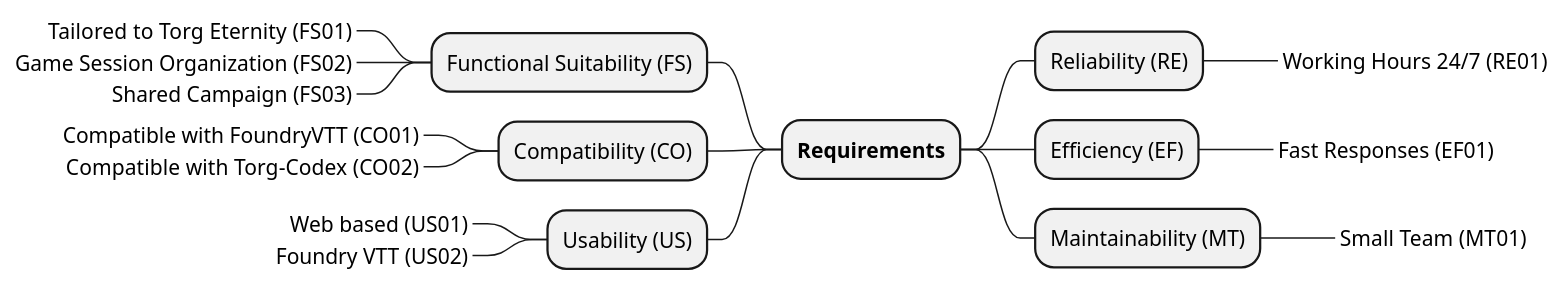
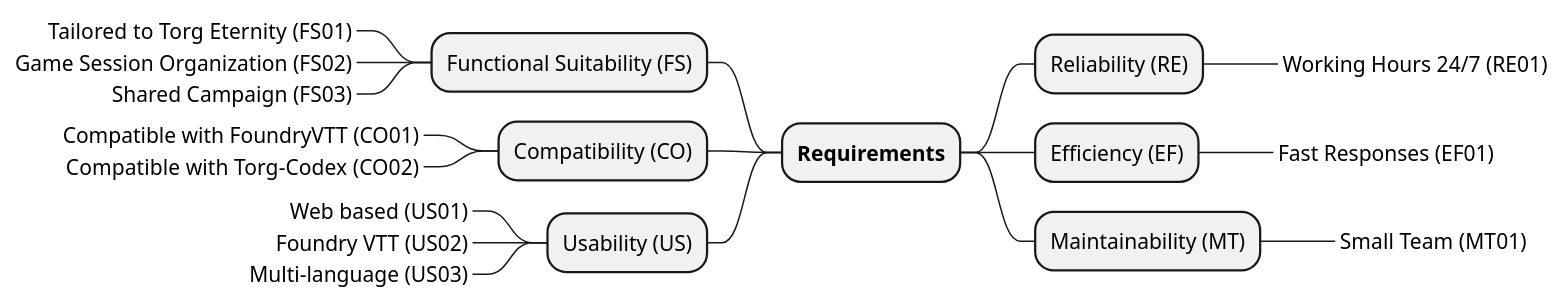
The diagram in src/main/docs/src/10_quality_requirements.adoc (Paladins-Inn/torganized-play-architecture), drawn with PlantUML before and after one commit. The commit also changed other lines of this file and 5 other files, not shown here.

```diff
--- a/src/main/docs/src/10_quality_requirements.adoc
+++ b/src/main/docs/src/10_quality_requirements.adoc
@@ -38,23 +40,24 @@
 [plantuml,quality-tree,svg]
 ....
 @startmindmap
 + **Requirements**
 -- Functional Suitability (FS)
 ---_ Tailored to Torg Eternity (FS01)
 ---_ Game Session Organization (FS02)
 ---_ Shared Campaign (FS03)
 -- Compatibility (CO)
 ---_ Compatible with FoundryVTT (CO01)
 ---_ Compatible with Torg-Codex (CO02)
 -- Usability (US)
 ---_ Web based (US01)
 ---_ Foundry VTT (US02)
+---_ Multi-language (US03)
 
 ++ Reliability (RE)
 +++_ Working Hours 24/7 (RE01)
 ++ Efficiency (EF)
 +++_ Fast Responses (EF01)
 ++ Maintainability (MT)
 +++_ Small Team (MT01)
 @endmindmap
 ....
```
